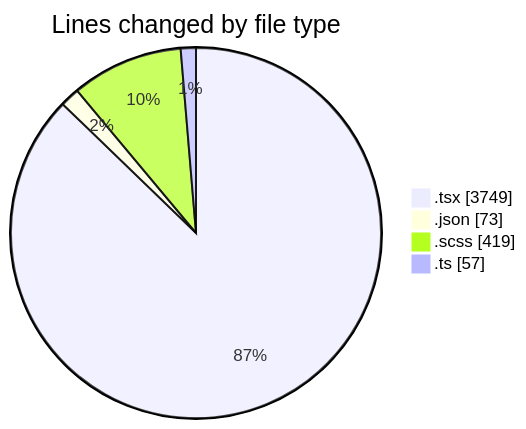
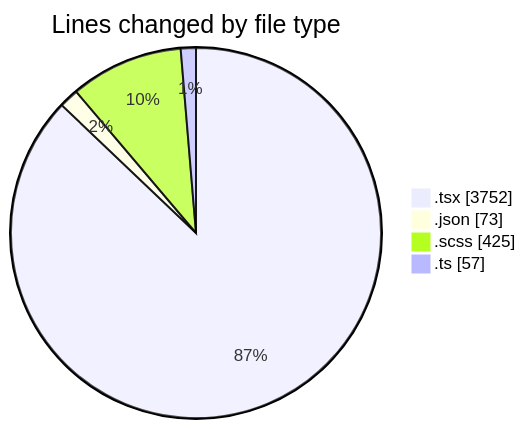
Before and after one commit to momahboobian/code-tracking: the first of 2 diagrams in 2025-10-02/cda/README.md, drawn with Mermaid. The commit also changed other lines of this file and 1 other file, not shown here.

````diff
--- a/2025-10-02/cda/README.md
+++ b/2025-10-02/cda/README.md
@@ -29,8 +29,8 @@
 ```mermaid
 pie showData
 title Lines changed by file type
-".tsx" : 3749
+".tsx" : 3752
 ".json" : 73
-".scss" : 419
+".scss" : 425
 ".ts" : 57
 ```
````
